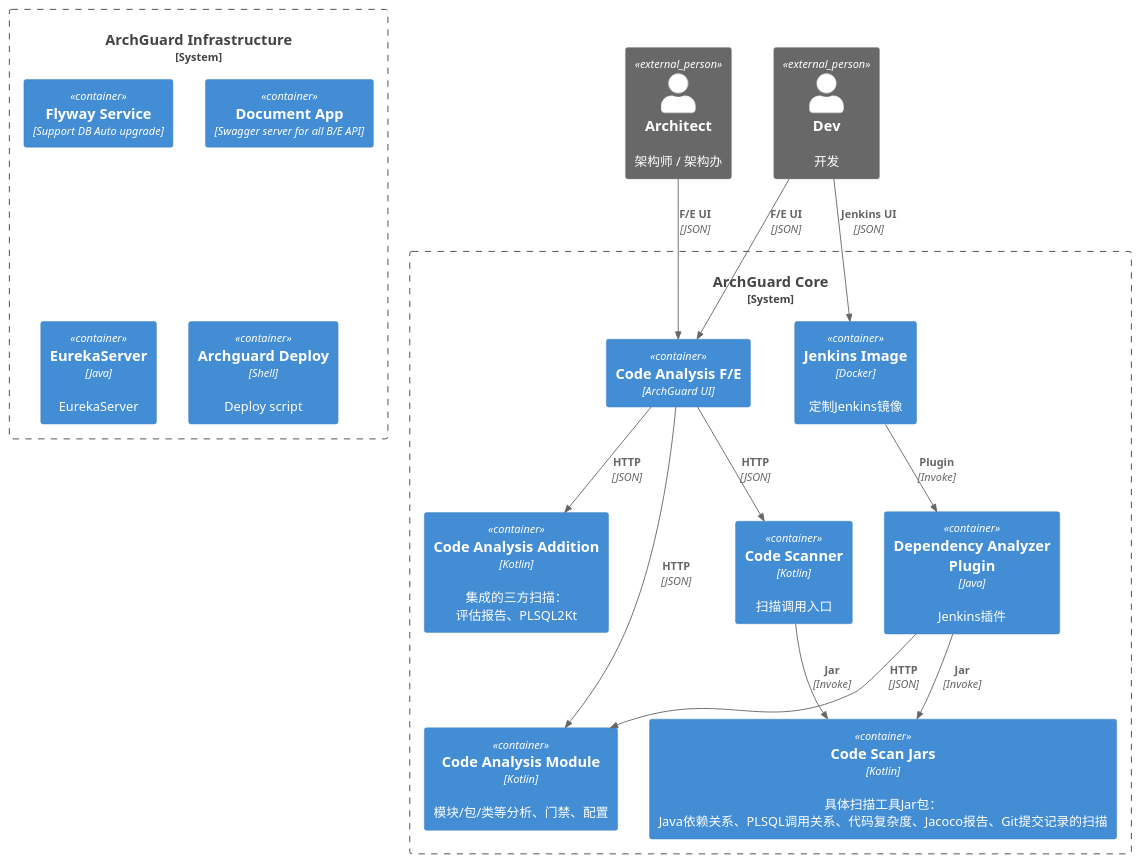
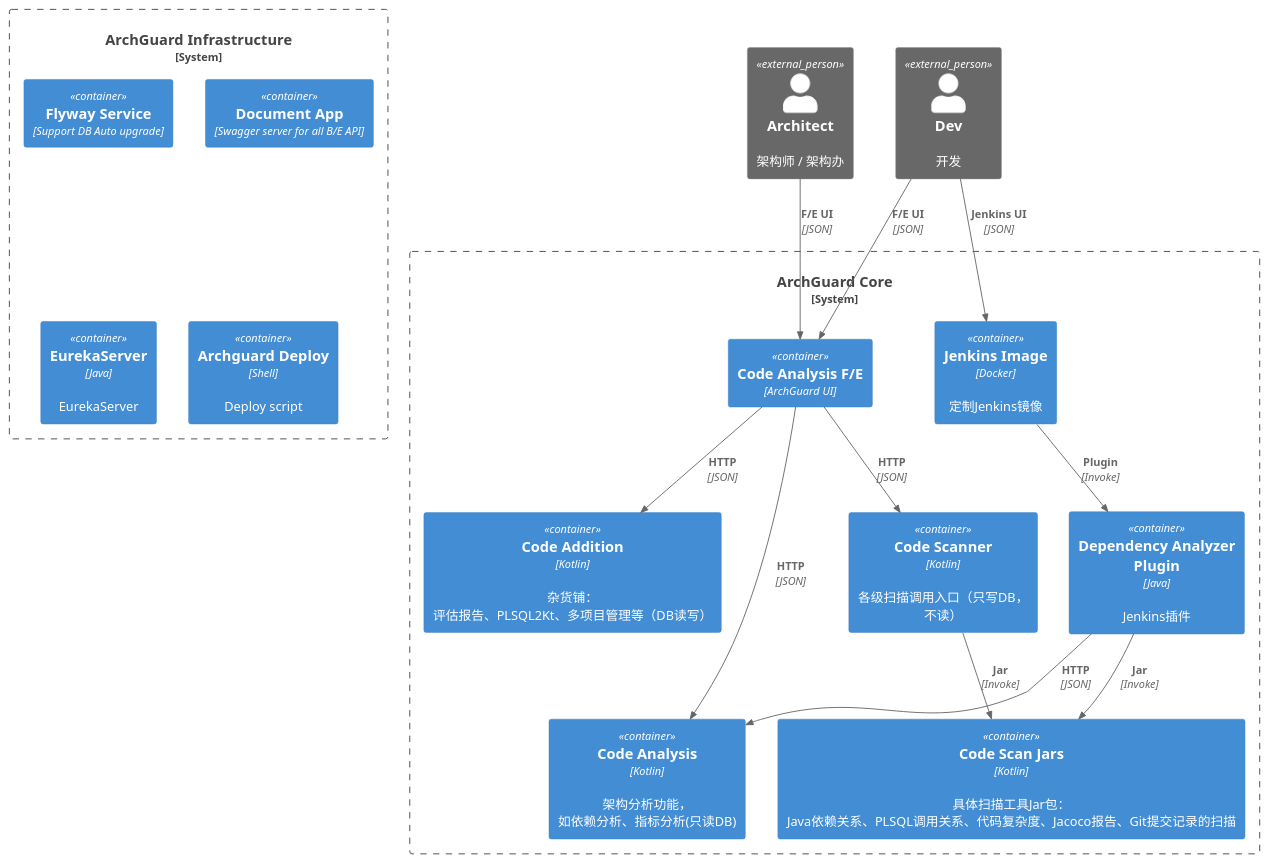
Before and after one commit to archguard/archguard.org: the diagram in diagram.puml, drawn with PlantUML.

```diff
--- a/diagram.puml
+++ b/diagram.puml
@@ -1,36 +1,37 @@
 @startuml
 !includeurl https://raw.githubusercontent.com/RicardoNiepel/C4-PlantUML/release/1-0/C4_Container.puml
 
 Person_Ext(user1, "Architect", "架构师 / 架构办")
 Person_Ext(user2, "Dev", "开发")
 
 System_Boundary(c1, "ArchGuard Core") {
     Container(codeAnalysisFE, "Code Analysis F/E", "ArchGuard UI")
-    Container(codeAnalysisModule, "Code Analysis Module", "Kotlin", "模块/包/类等分析、门禁、配置")
-    Container(codeScanner, "Code Scanner", "Kotlin", "扫描调用入口")
+    Container(codeAnalysisModule, "Code Analysis", "Kotlin", "架构分析功能，如依赖分析、指标分析(只读DB)")
+    Container(codeScanner, "Code Scanner", "Kotlin", "各级扫描调用入口（只写DB，不读）")
     Container(codeScanTools , "Code Scan Jars", "Kotlin", "具体扫描工具Jar包：Java依赖关系、PLSQL调用关系、代码复杂度、Jacoco报告、Git提交记录的扫描")
-    Container(codeAnalysisAddition, "Code Analysis Addition", "Kotlin", "集成的三方扫描：评估报告、PLSQL2Kt")
+    Container(codeAnalysisAddition, "Code Addition", "Kotlin", "杂货铺：评估报告、PLSQL2Kt、多项目管理等（DB读写）")
   Container(jenkins, "Jenkins Image", "Docker","定制Jenkins镜像")
   Container(dependencyAnalyzerPlugin, "Dependency Analyzer Plugin", "Java", "Jenkins插件")
 }
 
 System_Boundary(c2, "ArchGuard Infrastructure") {
   Container(flywayService, "Flyway Service", "Support DB Auto upgrade")
   Container(documentApp, "Document App", "Swagger server for all B/E API")
   Container(eurekaServer, "EurekaServer", "Java", "EurekaServer")  
   Container(archguardDeploy, "Archguard Deploy", "Shell", "Deploy script")  
 }
 
 
 Rel(user1, codeAnalysisFE, "F/E UI", "JSON")
 Rel(user2, codeAnalysisFE, "F/E UI", "JSON")
 Rel(user2, jenkins, "Jenkins UI", "JSON")
 
 Rel(codeAnalysisFE, codeAnalysisModule, "HTTP", "JSON")
 Rel(codeAnalysisFE, codeScanner, "HTTP", "JSON")
 Rel(codeAnalysisFE, codeAnalysisAddition, "HTTP", "JSON")
 Rel(codeScanner, codeScanTools, "Jar", "Invoke")
+
 Rel(dependencyAnalyzerPlugin, codeScanTools, "Jar", "Invoke")
 Rel(dependencyAnalyzerPlugin, codeAnalysisModule, "HTTP", "JSON")
 Rel(jenkins, dependencyAnalyzerPlugin, "Plugin", "Invoke")
 @enduml
```
